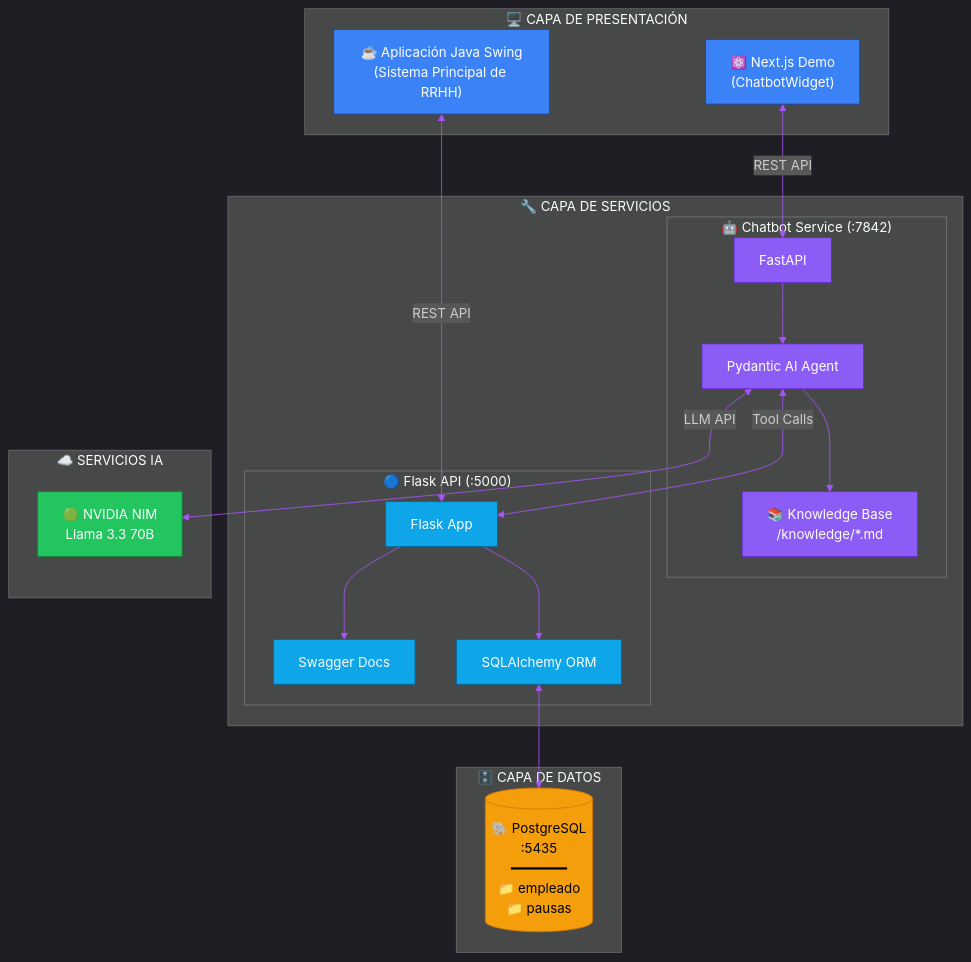
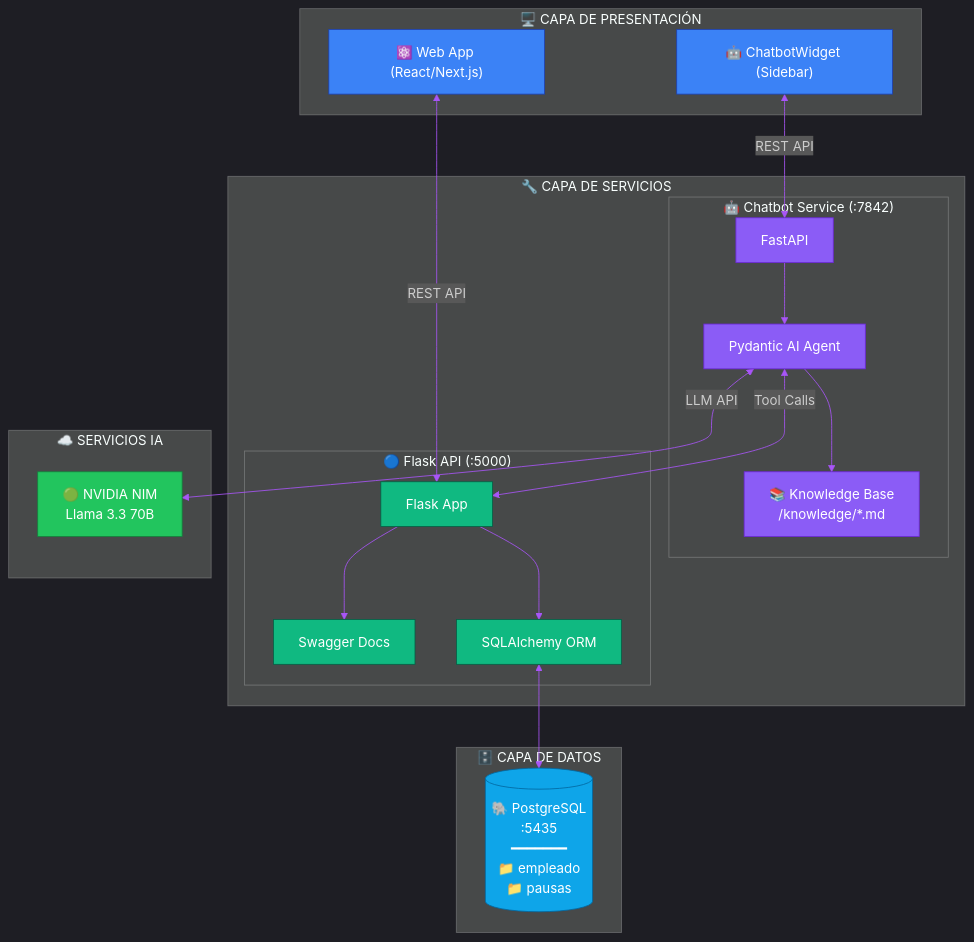
Before and after one commit to DennisonCc/ChatBot-Basadas: the seventh of 7 diagrams in docs/architecture_diagrams.md, drawn with Mermaid. The commit also changed other lines of this file and 7 other files, not shown here.

````diff
--- a/docs/architecture_diagrams.md
+++ b/docs/architecture_diagrams.md
@@ -628,57 +624,57 @@
 ```mermaid
 %%{init: {'theme': 'dark', 'themeVariables': { 'primaryColor': '#818cf8', 'lineColor': '#a855f7'}}}%%
 
 graph TB
     subgraph FRONTEND["🖥️ CAPA DE PRESENTACIÓN"]
-        JAVA_APP["☕ Aplicación Java Swing<br/>(Sistema Principal de RRHH)"]
-        NEXT_APP["⚛️ Next.js Demo<br/>(ChatbotWidget)"]
+        WEB_APP["⚛️ Web App (React/Next.js)"]
+        NEXT_APP["🤖 ChatbotWidget (Sidebar)"]
     end
 
     subgraph SERVICES["🔧 CAPA DE SERVICIOS"]
         subgraph CHATBOT_SVC["🤖 Chatbot Service (:7842)"]
             FAST["FastAPI"]
             PYDANTIC["Pydantic AI Agent"]
             KB["📚 Knowledge Base<br/>/knowledge/*.md"]
         end
         
         subgraph FLASK_SVC["🔵 Flask API (:5000)"]
             FLASK["Flask App"]
             SWAGGER["Swagger Docs"]
             ORM["SQLAlchemy ORM"]
         end
     end
 
     subgraph AI["☁️ SERVICIOS IA"]
         NVIDIA["🟢 NVIDIA NIM<br/>Llama 3.3 70B"]
     end
 
     subgraph DATA["🗄️ CAPA DE DATOS"]
         POSTGRES[("🐘 PostgreSQL<br/>:5435<br/>━━━━━━━<br/>📁 empleado<br/>📁 pausas")]
     end
 
     %% Conexiones
-    JAVA_APP <-->|"REST API"| FLASK
+    WEB_APP <-->|"REST API"| FLASK
     NEXT_APP <-->|"REST API"| FAST
     
     FAST --> PYDANTIC
     PYDANTIC --> KB
     PYDANTIC <-->|"Tool Calls"| FLASK
     PYDANTIC <-->|"LLM API"| NVIDIA
     
     FLASK --> ORM
     FLASK --> SWAGGER
     ORM <--> POSTGRES
 
-    %% Estilos
+    %% Estilos corregidos (Eliminando amarillos para mejor contraste)
     classDef frontend fill:#3b82f6,stroke:#1e40af,color:#fff
     classDef chatbot fill:#8b5cf6,stroke:#6d28d9,color:#fff
-    classDef flask fill:#0ea5e9,stroke:#0369a1,color:#fff
+    classDef flask fill:#10b981,stroke:#065f46,color:#fff
     classDef ai fill:#22c55e,stroke:#15803d,color:#fff
-    classDef data fill:#f59e0b,stroke:#d97706,color:#000
+    classDef data fill:#0ea5e9,stroke:#0369a1,color:#fff
 
-    class JAVA_APP,NEXT_APP frontend
+    class WEB_APP,NEXT_APP frontend
     class FAST,PYDANTIC,KB chatbot
     class FLASK,SWAGGER,ORM flask
     class NVIDIA ai
     class POSTGRES data
 ```
````
